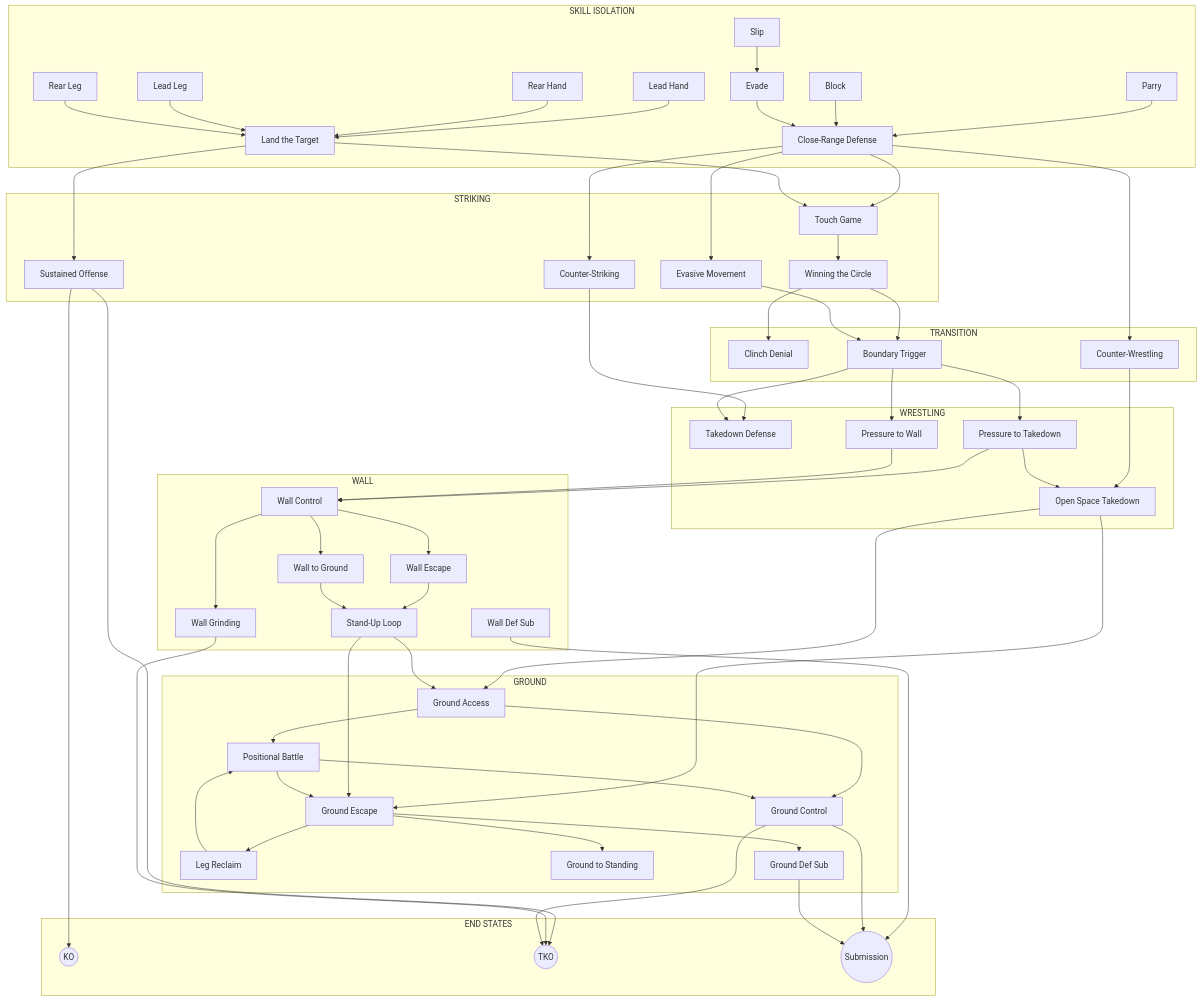
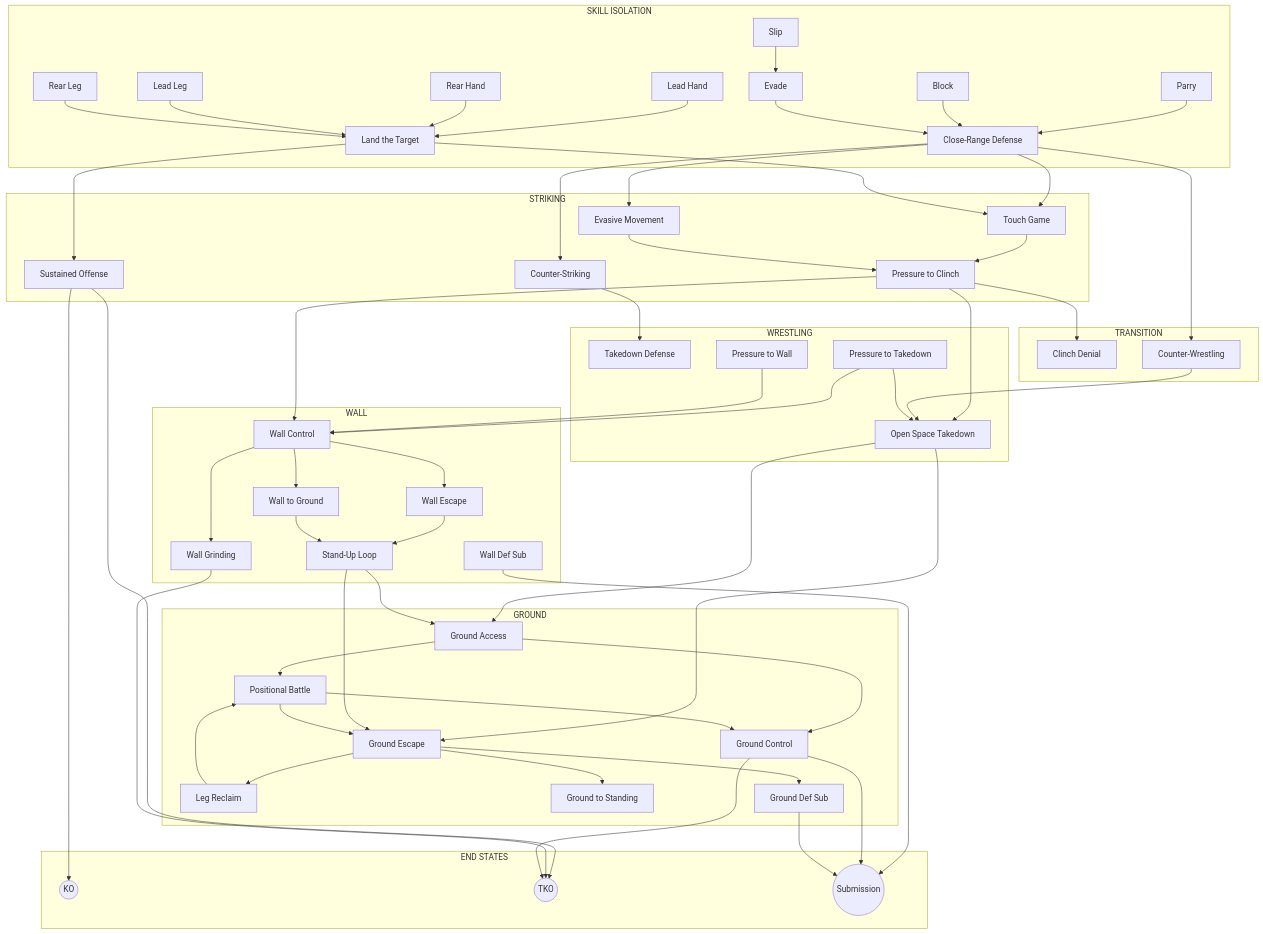
One commit to ACalienes/Ecological-MMA-Game-System changed the diagram in docs/reference/prerequisites.md. Above: the diagram before and after it, drawn with Mermaid. The commit also changed other lines of this file and 62 other files, not shown here.

```diff
--- a/docs/reference/prerequisites.md
+++ b/docs/reference/prerequisites.md
@@ -110,7 +109,7 @@
         CRD[Close-Range Defense]
         LT[Land the Target]
         TG[Touch Game]
-        WC[Winning the Circle]
+        PC[Pressure to Clinch]
         EM[Evasive Movement]
         CS[Counter-Striking]
         SO[Sustained Offense]
@@ -119,7 +118,6 @@
     subgraph TRANSITION["TRANSITION"]
         CD[Clinch Denial]
         CW[Counter-Wrestling]
-        BT[Boundary Trigger]
     end
 
     subgraph WRESTLING["WRESTLING"]
@@ -159,10 +157,11 @@
     CRD --> CS
     LT --> TG
     LT --> SO
-    TG --> WC
-    WC --> BT
-    WC --> CD
-    EM --> BT
+    TG --> PC
+    PC --> WCon
+    PC --> CD
+    PC --> OST
+    EM --> PC
     CS --> TDD
     CRD --> CW
     CW --> OST
@@ -170,9 +169,6 @@
     SO --> KO
     SO --> TKO
 
-    BT --> PTT
-    BT --> PTW
-    BT --> TDD
     PTT --> OST
     PTT --> WCon
     PTW --> WCon
```
